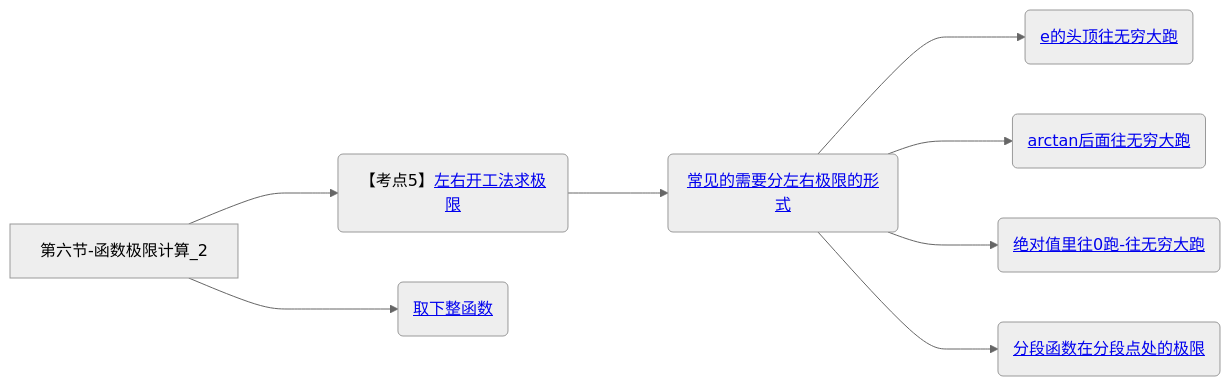
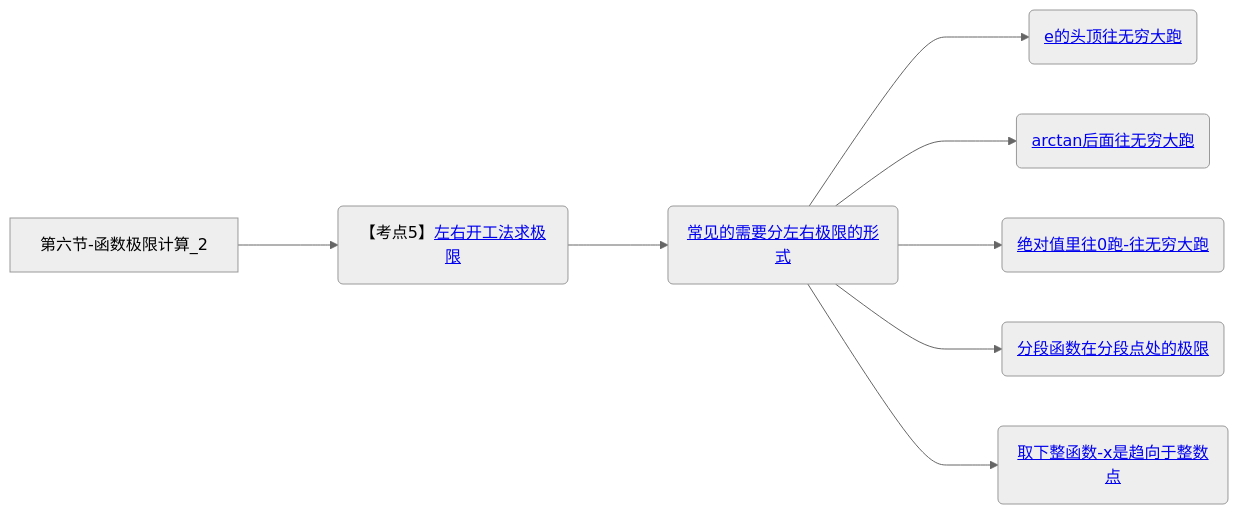
The sixth of 6 diagrams in 笔记/数学/周洋鑫/01.基础班思维导图.md (yuebinghui/note), drawn with Mermaid (neutral theme) before and after one commit. The commit also changed 12 other files, not shown here.

````diff
--- a/笔记/数学/周洋鑫/01.基础班思维导图.md
+++ b/笔记/数学/周洋鑫/01.基础班思维导图.md
@@ -226,13 +226,14 @@
 ```mermaid
 graph LR
 第六节-函数极限计算_2
 
 第六节-函数极限计算_2--->左右开工法求极限(【考点5】<a href="/Users/yuebinghui/Documents/program/github/note/笔记/数学/周洋鑫/基础班/06.函数极限计算_2.md#左右开工法求极限">左右开工法求极限</>)
 左右开工法求极限--->常见的需要分左右极限的形式(<a href="/Users/yuebinghui/Documents/program/github/note/笔记/数学/周洋鑫/基础班/06.函数极限计算_2.md#常见的需要分左右极限的形式">常见的需要分左右极限的形式</>)
 常见的需要分左右极限的形式--->e的头顶往无穷大跑(<a href="/Users/yuebinghui/Documents/program/github/note/笔记/数学/周洋鑫/基础班/06.函数极限计算_2.md#e的头顶往无穷大跑">e的头顶往无穷大跑</>)
 常见的需要分左右极限的形式--->arctan后面往无穷大跑(<a href="/Users/yuebinghui/Documents/program/github/note/笔记/数学/周洋鑫/基础班/06.函数极限计算_2.md#arctan后面往无穷大跑">arctan后面往无穷大跑</>)
 常见的需要分左右极限的形式--->绝对值里往0跑(<a href="/Users/yuebinghui/Documents/program/github/note/笔记/数学/周洋鑫/基础班/06.函数极限计算_2.md#绝对值里往0跑">绝对值里往0跑-往无穷大跑</>)
 常见的需要分左右极限的形式--->分段函数在分段点处的极限(<a href="/Users/yuebinghui/Documents/program/github/note/笔记/数学/周洋鑫/基础班/06.函数极限计算_2.md#分段函数在分段点处的极限">分段函数在分段点处的极限</>)
+常见的需要分左右极限的形式--->取整函数(<a href="/Users/yuebinghui/Documents/program/github/note/笔记/数学/周洋鑫/基础班/06.函数极限计算_2.md#取整函数">取下整函数-x是趋向于整数点</>)
 
-第六节-函数极限计算_2--->取整函数(<a href="/Users/yuebinghui/Documents/program/github/note/笔记/数学/周洋鑫/基础班/06.函数极限计算_2.md#取整函数">取下整函数</>)
+
 ```
````
